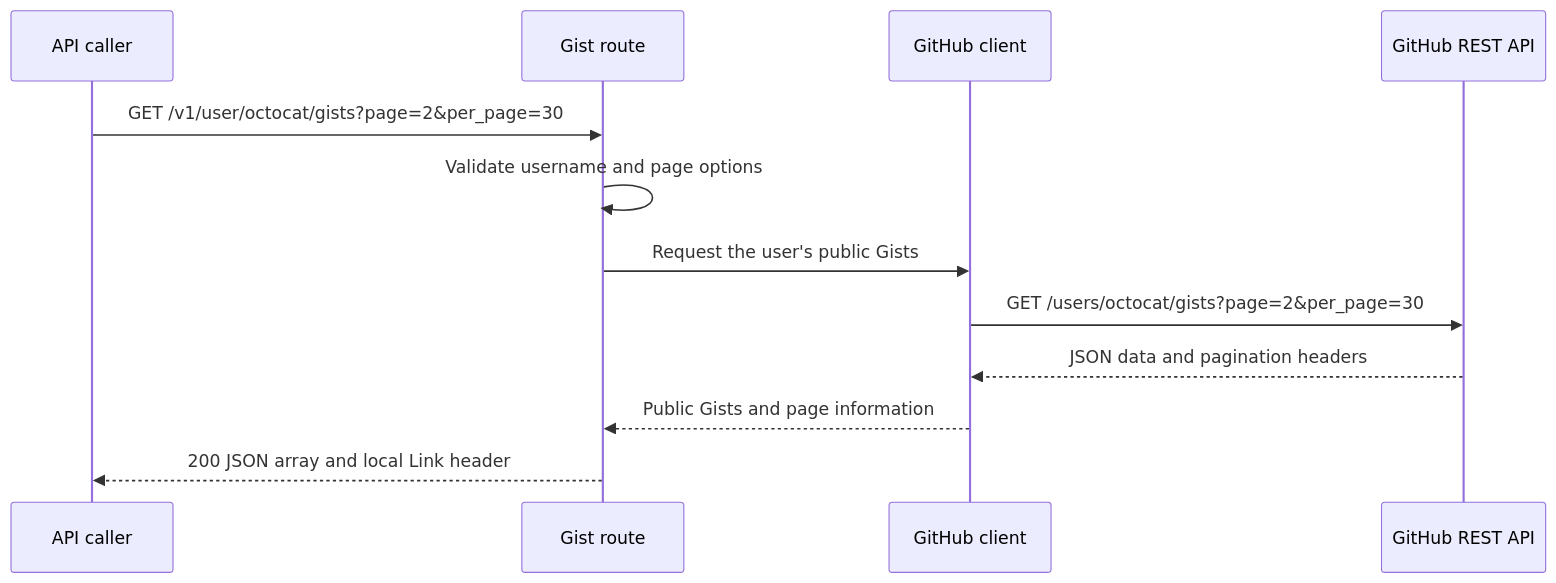
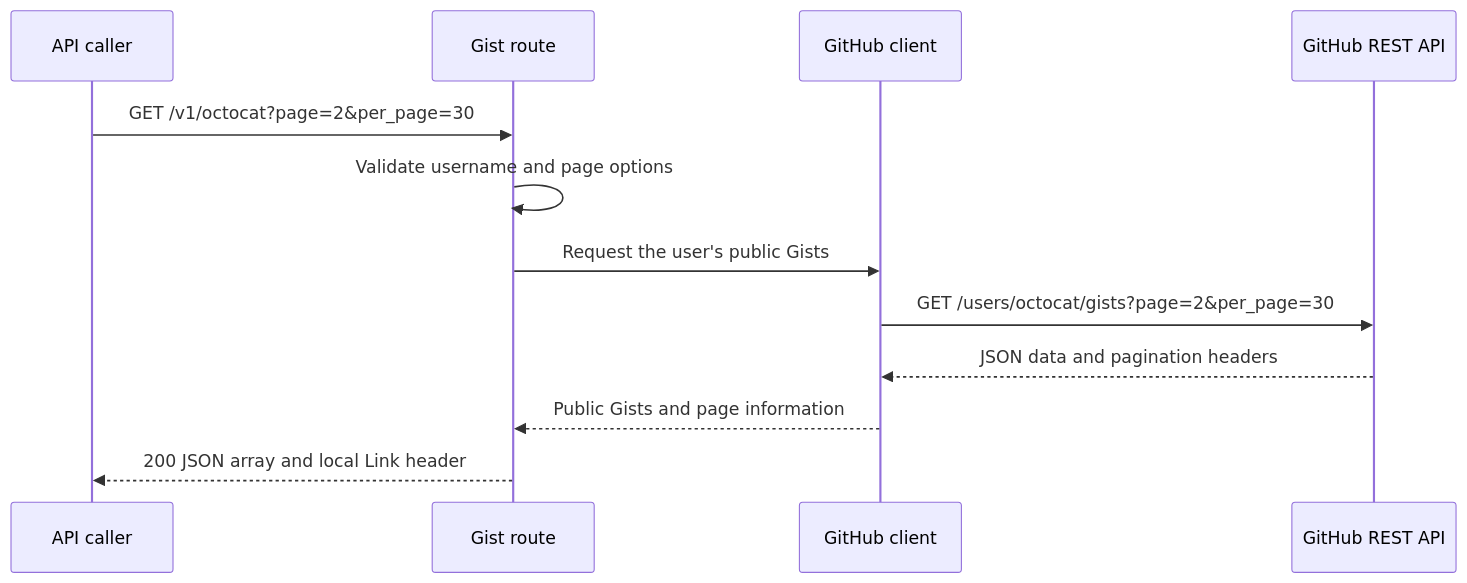
The second of 2 diagrams in docs/design.md (dvadgama/example_gists_api), drawn with Mermaid before and after one commit. The commit also changed other lines of this file and 11 other files, not shown here.

````diff
--- a/docs/design.md
+++ b/docs/design.md
@@ -125,15 +135,15 @@
 ```mermaid
 sequenceDiagram
     participant Caller as API caller
     participant Route as Gist route
     participant Client as GitHub client
     participant GitHub as GitHub REST API
 
-    Caller->>Route: GET /v1/user/octocat/gists?page=2&per_page=30
+    Caller->>Route: GET /v1/octocat?page=2&per_page=30
     Route->>Route: Validate username and page options
     Route->>Client: Request the user's public Gists
     Client->>GitHub: GET /users/octocat/gists?page=2&per_page=30
     GitHub-->>Client: JSON data and pagination headers
     Client-->>Route: Public Gists and page information
     Route-->>Caller: 200 JSON array and local Link header
 ```
````
